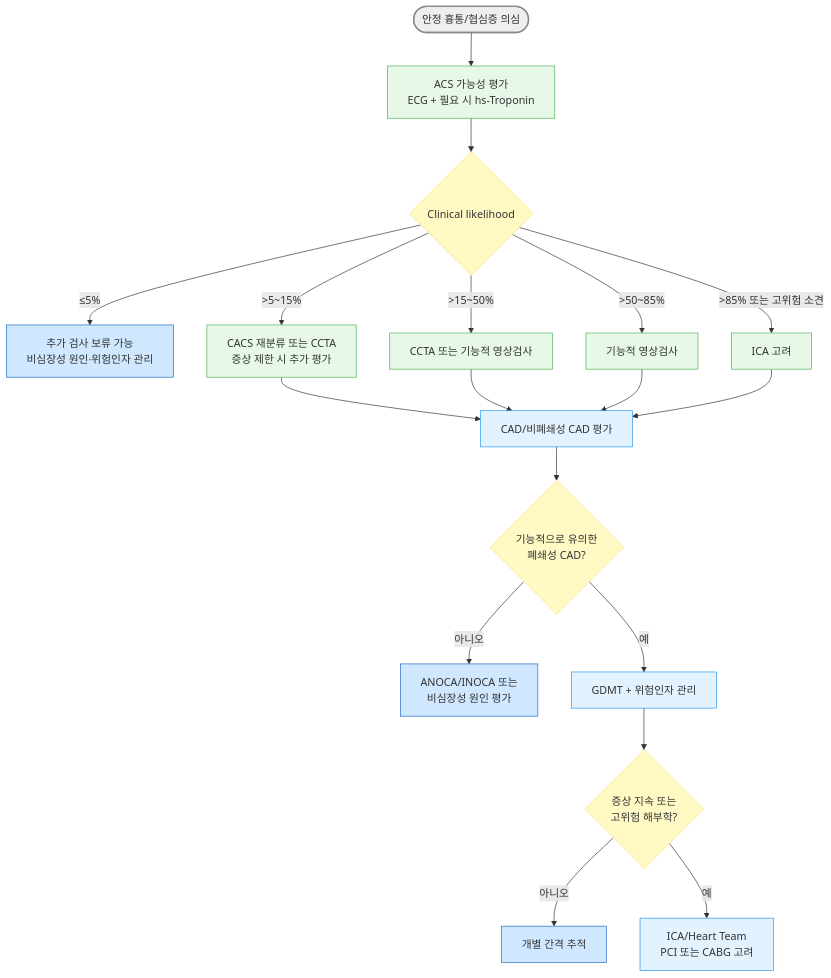
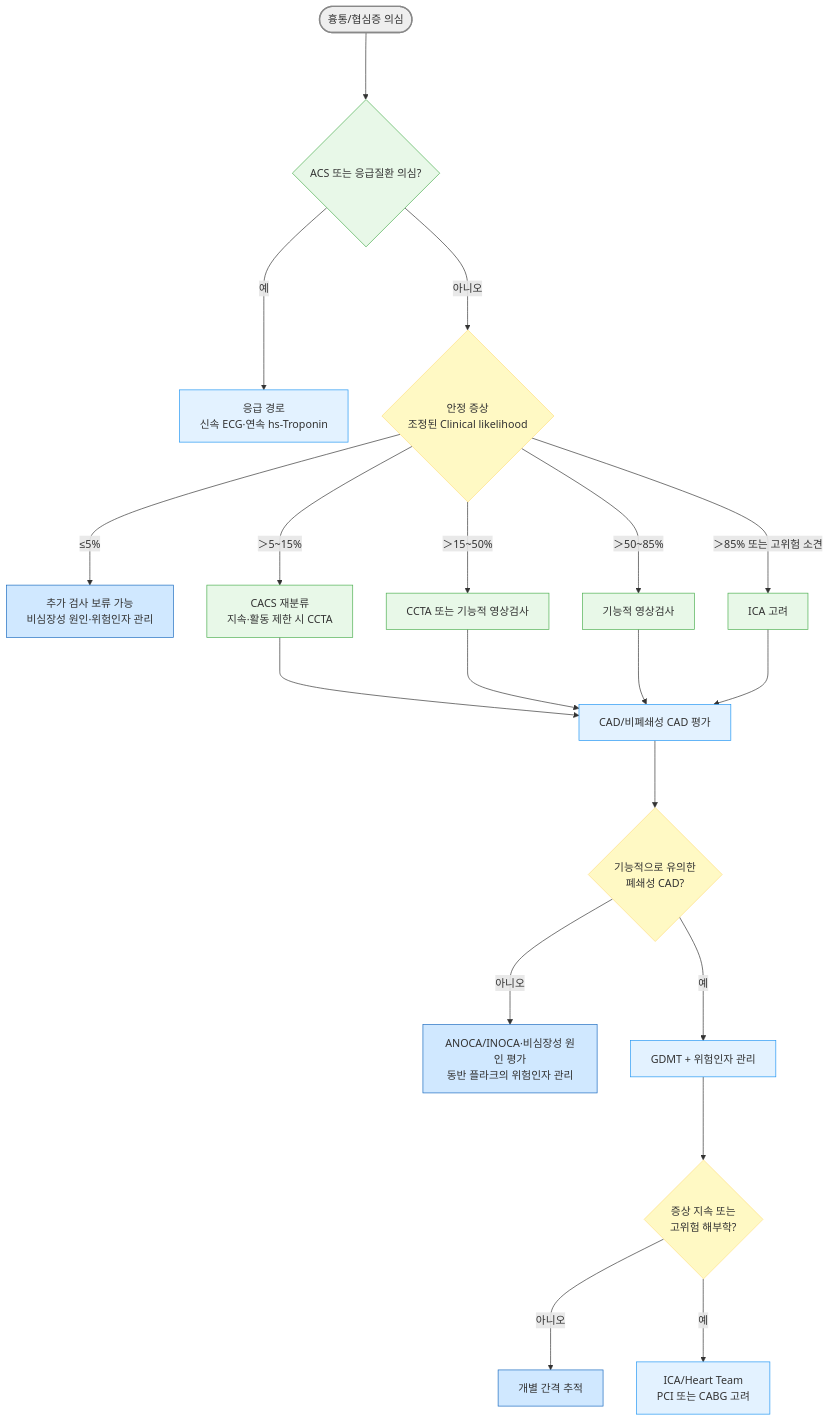
The first of 3 diagrams in 225_/097_-angina-pectoris.md (familyoh77/familyoh77), drawn with Mermaid before and after one commit. The commit also changed other lines of this file and 3 other files, not shown here.

````diff
--- a/225_/097_-angina-pectoris.md
+++ b/225_/097_-angina-pectoris.md
@@ -196,30 +187,31 @@
 ```mermaid
 graph TD
-    A([안정 흉통/협심증 의심]) --> B[ACS 가능성 평가<br/>ECG + 필요 시 hs-Troponin]
-    B --> C{Clinical likelihood}
-    C -- "≤5%" --> D[추가 검사 보류 가능<br/>비심장성 원인·위험인자 관리]
-    C -- ">5~15%" --> E[CACS 재분류 또는 CCTA<br/>증상 제한 시 추가 평가]
-    C -- ">15~50%" --> F[CCTA 또는 기능적 영상검사]
-    C -- ">50~85%" --> G[기능적 영상검사]
-    C -- ">85% 또는 고위험 소견" --> H[ICA 고려]
-    E --> I[CAD/비폐쇄성 CAD 평가]
-    F --> I
-    G --> I
-    H --> I
-    I --> J{기능적으로 유의한<br/>폐쇄성 CAD?}
-    J -- 아니오 --> K[ANOCA/INOCA 또는<br/>비심장성 원인 평가]
-    J -- 예 --> L[GDMT + 위험인자 관리]
-    L --> M{증상 지속 또는<br/>고위험 해부학?}
-    M -- 아니오 --> N[개별 간격 추적]
-    M -- 예 --> O[ICA/Heart Team<br/>PCI 또는 CABG 고려]
+    A([흉통/협심증 의심]) ---> B{ACS 또는 응급질환 의심?}
+    B -- 예 ---> P[응급 경로<br/>신속 ECG·연속 hs-Troponin]
+    B -- 아니오 ---> C{안정 증상<br/>조정된 Clinical likelihood}
+    C -- "≤5%" ---> D[추가 검사 보류 가능<br/>비심장성 원인·위험인자 관리]
+    C -- "＞5~15%" ---> E[CACS 재분류<br/>지속·활동 제한 시 CCTA]
+    C -- "＞15~50%" ---> F[CCTA 또는 기능적 영상검사]
+    C -- "＞50~85%" ---> G[기능적 영상검사]
+    C -- "＞85% 또는 고위험 소견" ---> H[ICA 고려]
+    E ---> I[CAD/비폐쇄성 CAD 평가]
+    F ---> I
+    G ---> I
+    H ---> I
+    I ---> J{기능적으로 유의한<br/>폐쇄성 CAD?}
+    J -- 아니오 ---> K[ANOCA/INOCA·비심장성 원인 평가<br/>동반 플라크의 위험인자 관리]
+    J -- 예 ---> L[GDMT + 위험인자 관리]
+    L ---> M{증상 지속 또는<br/>고위험 해부학?}
+    M -- 아니오 ---> N[개별 간격 추적]
+    M -- 예 ---> O[ICA/Heart Team<br/>PCI 또는 CABG 고려]
 
 style A fill:#eeeeee,stroke:#888888,stroke-width:2px
 classDef lightGreen fill:#e8f8e8,stroke:#4caf50
 class B,E,F,G,H lightGreen
 classDef yellow fill:#fff9c4,stroke:#ffe082
 class C,J,M yellow
 classDef sky fill:#e3f2ff,stroke:#2196f3
-class I,L,O sky
+class I,L,O,P sky
 classDef blue fill:#d0e8ff,stroke:#1a6abf
 class D,K,N blue
 ```
````
